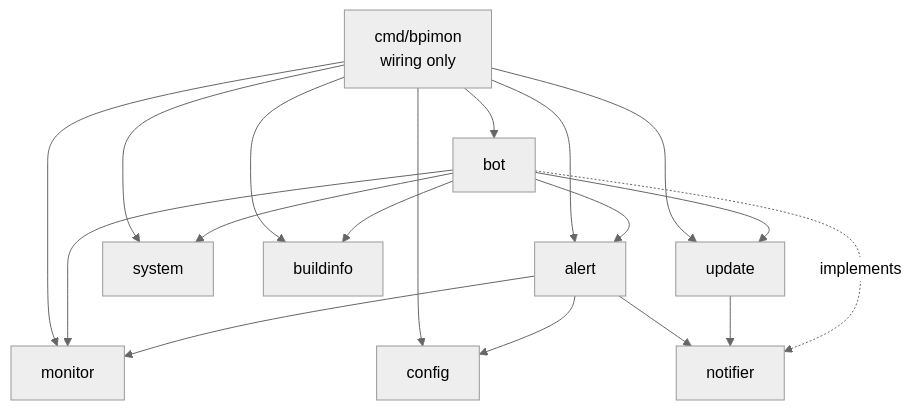
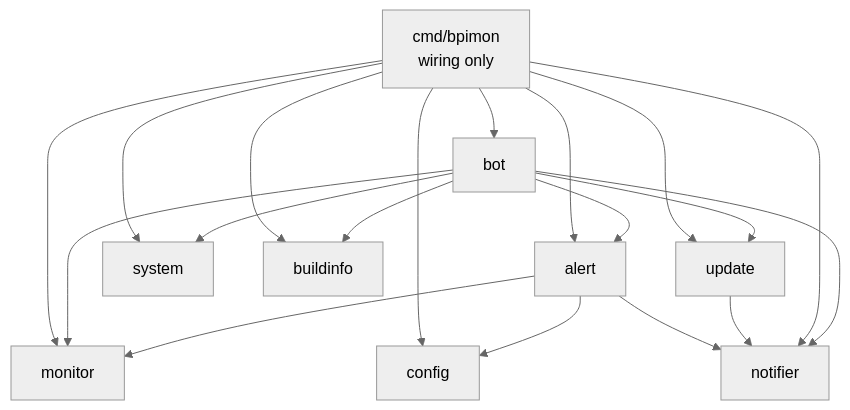
One commit to Kovalenkoyo81/bpimon changed the first of 3 diagrams in docs/ARCHITECTURE.md. Above: the diagram before and after it, drawn with Mermaid (neutral theme). The commit also changed other lines of this file, not shown here.

Commit message:
docs(architecture): match package diagram to actual imports

````diff
--- a/docs/ARCHITECTURE.md
+++ b/docs/ARCHITECTURE.md
@@ -9,20 +9,21 @@
 ```mermaid
 flowchart TD
     main[cmd/bpimon<br/>wiring only] --> bot
     main --> alert
     main --> monitor
     main --> config
     main --> update
     main --> system
     bot --> alert
     bot --> monitor
     bot --> system
     bot --> update
     main --> buildinfo
     bot --> buildinfo
     alert --> monitor
     alert --> config
     alert --> notifier
     update --> notifier
-    bot -. implements .-> notifier
+    main --> notifier
+    bot --> notifier
 ```
````
